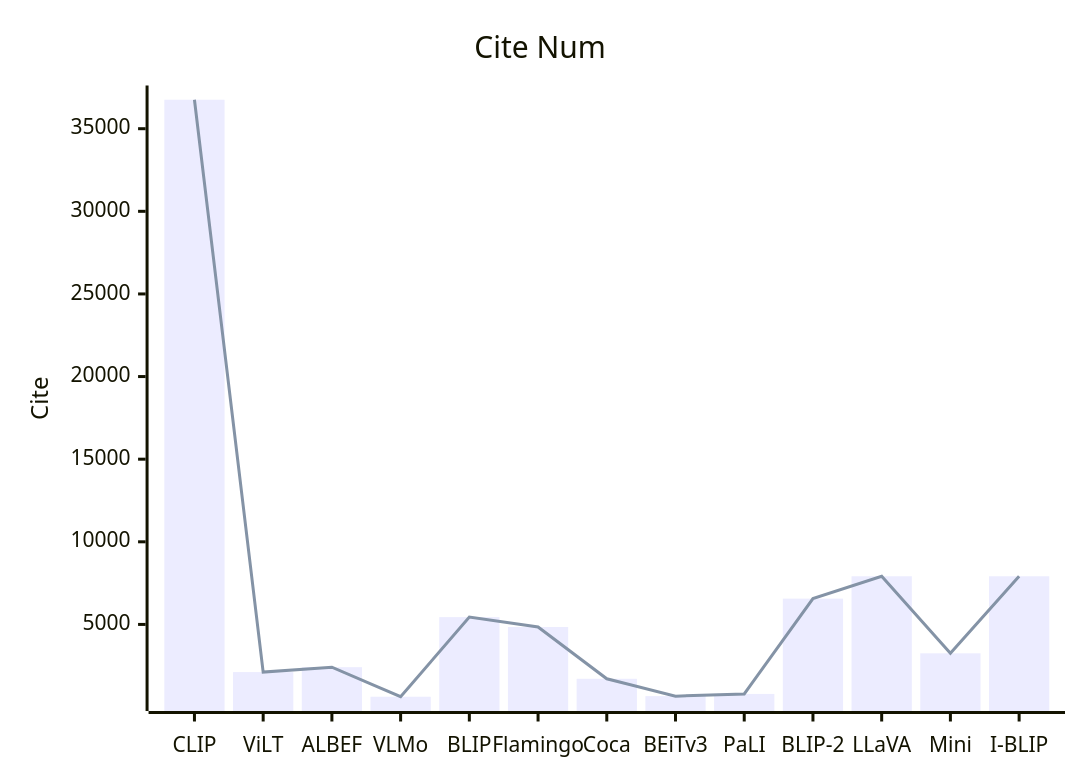
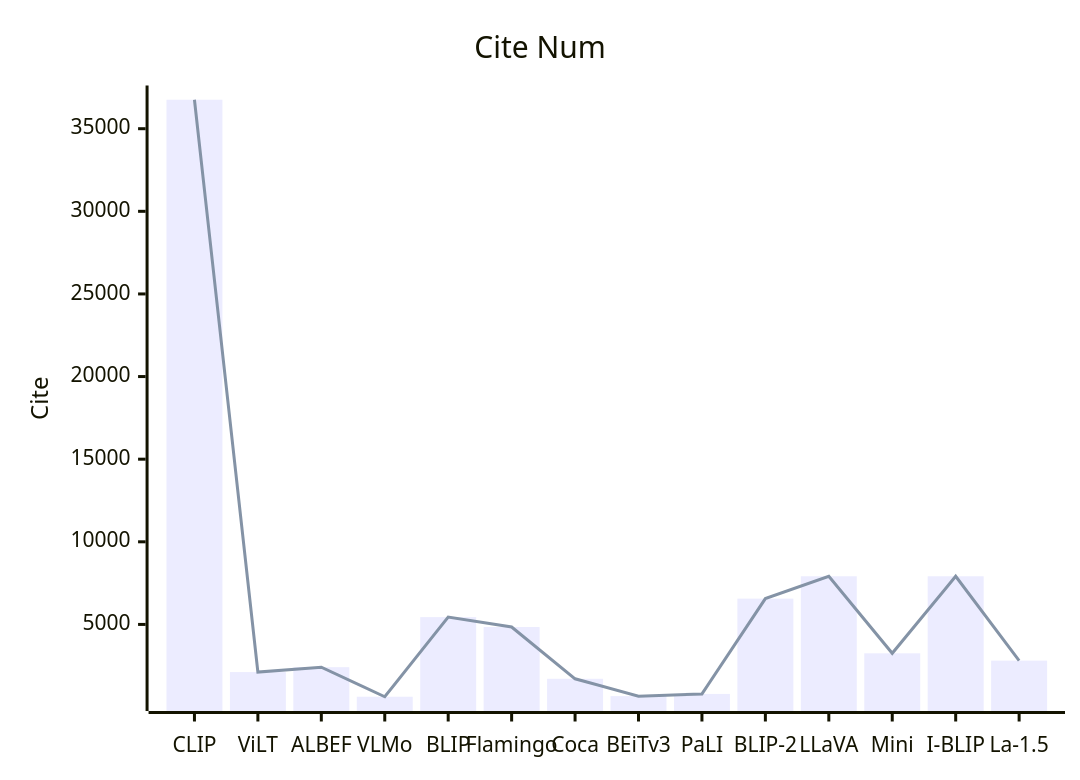
The sixth of 6 diagrams in Base_Model/VLM+VLLM/analyse.md (Elephant-King9/Paper), drawn with Mermaid before and after one commit. The commit also changed other lines of this file and 5 other files, not shown here.

````diff
--- a/Base_Model/VLM+VLLM/analyse.md
+++ b/Base_Model/VLM+VLLM/analyse.md
@@ -223,8 +234,8 @@
 ```mermaid
     xychart-beta
     title "Cite Num"
-    x-axis [CLIP, ViLT, ALBEF,VLMo, BLIP,Flamingo,Coca,BEiT v3,PaLI,BLIP-2,LLaVA,Mini,I-BLIP]
+    x-axis [CLIP, ViLT, ALBEF,VLMo, BLIP,Flamingo,Coca,BEiT v3,PaLI,BLIP-2,LLaVA,Mini,I-BLIP,La-1.5]
     y-axis "Cite" 
-    bar [36752,2115,2412,623,5442,4842,1710,660,794,6562,7915,3252,7915]
-    line [36752,2115,2412,623,5442,4842,1710,660,794,6562,7915,3252,7915]
+    bar [36752,2115,2412,623,5442,4842,1710,660,794,6562,7915,3252,7915,2809]
+    line [36752,2115,2412,623,5442,4842,1710,660,794,6562,7915,3252,7915,2809]
 ```
````
